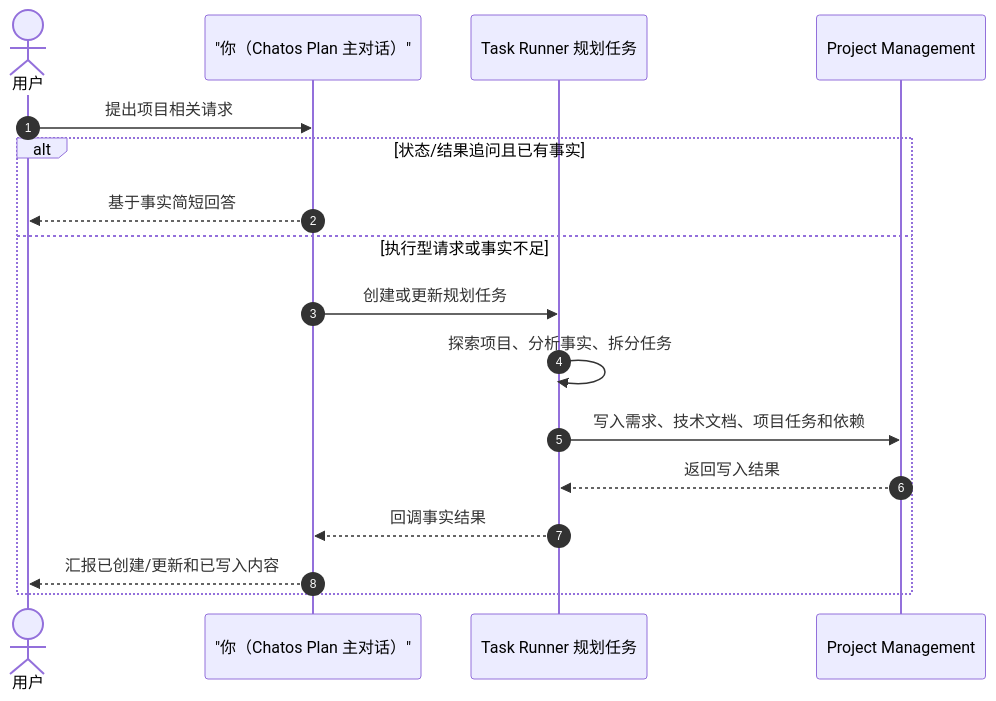
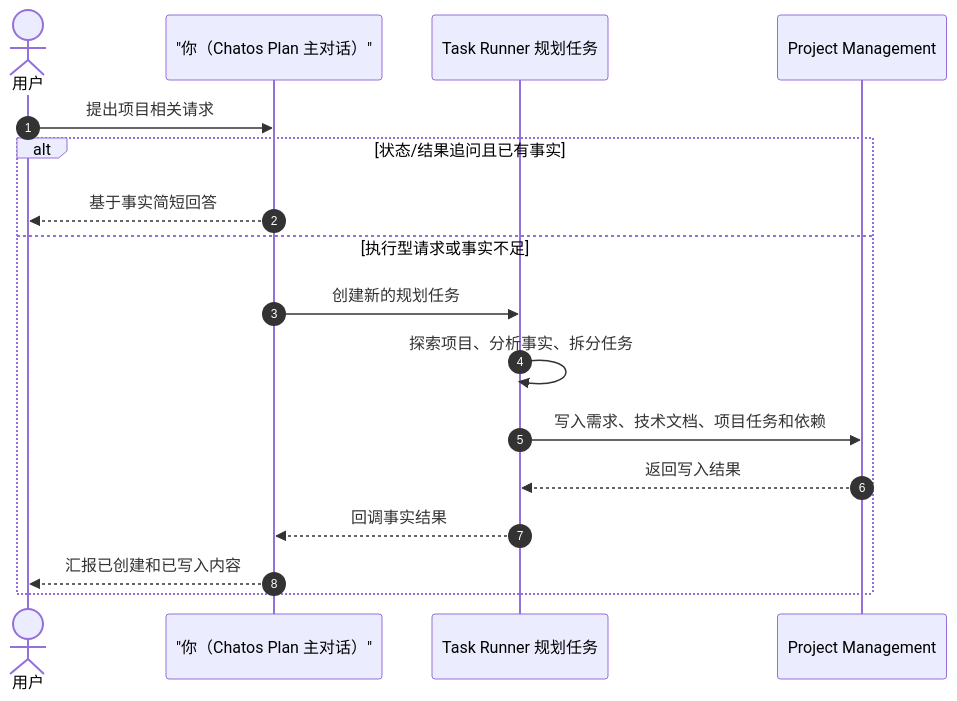
Before and after one commit to leeoohoo/chatos_rs: the diagram in task_runner_service/TASK_RUNNER_PLAN_TASK_SKILL.zh-CN.md, drawn with Mermaid. The commit also changed other lines of this file and 107 other files, not shown here.

````diff
--- a/task_runner_service/TASK_RUNNER_PLAN_TASK_SKILL.zh-CN.md
+++ b/task_runner_service/TASK_RUNNER_PLAN_TASK_SKILL.zh-CN.md
@@ -18,20 +18,20 @@
 ```mermaid
 sequenceDiagram
     autonumber
     actor User as 用户
     participant You as "你（Chatos Plan 主对话）"
     participant TaskRunner as Task Runner 规划任务
     participant PM as Project Management
 
     User->>You: 提出项目相关请求
     alt 状态/结果追问且已有事实
         You-->>User: 基于事实简短回答
     else 执行型请求或事实不足
-        You->>TaskRunner: 创建或更新规划任务
+        You->>TaskRunner: 创建新的规划任务
         TaskRunner->>TaskRunner: 探索项目、分析事实、拆分任务
         TaskRunner->>PM: 写入需求、技术文档、项目任务和依赖
         PM-->>TaskRunner: 返回写入结果
         TaskRunner-->>You: 回调事实结果
-        You-->>User: 汇报已创建/更新和已写入内容
+        You-->>User: 汇报已创建和已写入内容
     end
 ```
````
